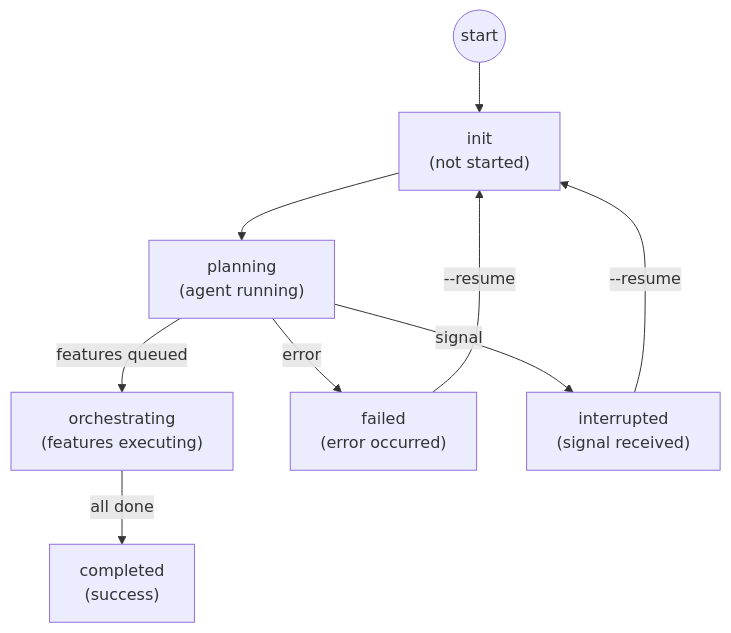
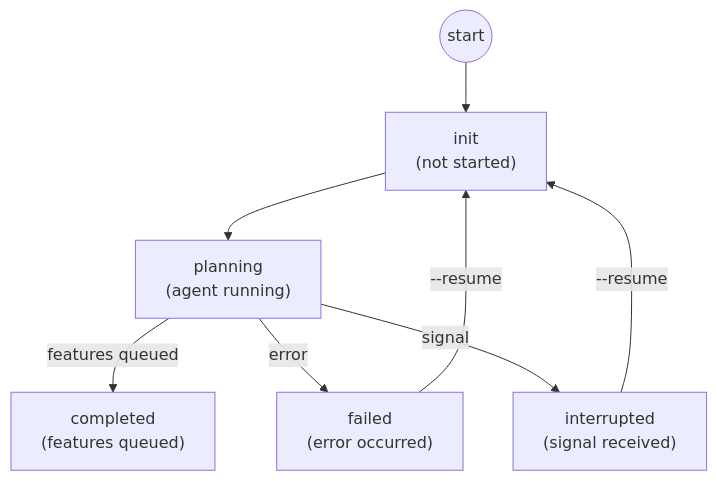
The diagram in docs/arch/roadmap/state.md (groblegark/v0), drawn with Mermaid before and after one commit. The commit also changed other lines of this file and 3 other files, not shown here.

First line of the commit message:
refactor(roadmap): simplify state machine by removing orchestrating phase

````diff
--- a/docs/arch/roadmap/state.md
+++ b/docs/arch/roadmap/state.md
@@ -11,22 +11,19 @@
 ```mermaid
 flowchart TD
     start((start)) --> init
 
     init["init<br/>(not started)"]
     init --> planning
 
     planning["planning<br/>(agent running)"]
-    planning -->|"features queued"| orchestrating
+    planning -->|"features queued"| completed
     planning -->|error| failed
     planning -->|signal| interrupted
 
-    orchestrating["orchestrating<br/>(features executing)"]
-    orchestrating -->|"all done"| completed
-
-    completed["completed<br/>(success)"]
+    completed["completed<br/>(features queued)"]
     failed["failed<br/>(error occurred)"]
     interrupted["interrupted<br/>(signal received)"]
 
     failed -->|"--resume"| init
     interrupted -->|"--resume"| init
 ```
````
